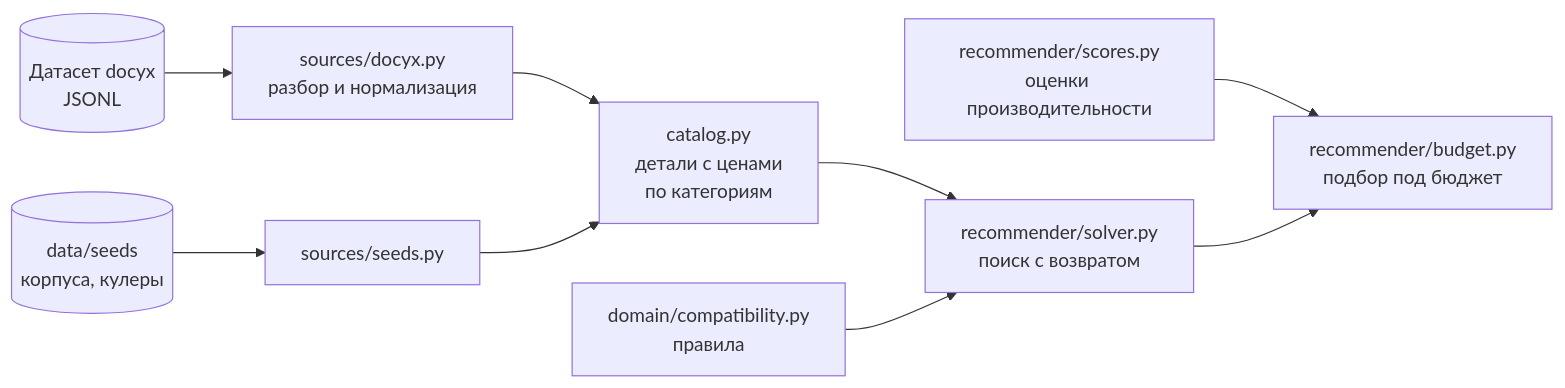
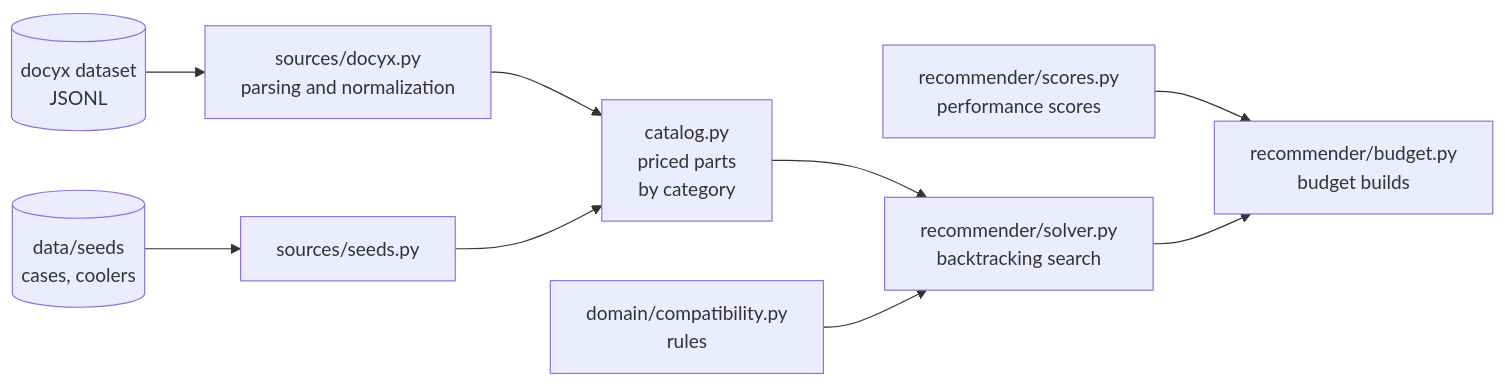
Before and after one commit to kchaumeow/pc-builder: the diagram in README.md, drawn with Mermaid. The commit also changed other lines of this file and 21 other files, not shown here.

````diff
--- a/README.md
+++ b/README.md
@@ -31,11 +31,11 @@
 ```mermaid
 flowchart LR
-    D[(Датасет docyx<br/>JSONL)] --> L[sources/docyx.py<br/>разбор и нормализация]
-    S[(data/seeds<br/>корпуса, кулеры)] --> SL[sources/seeds.py]
-    L --> C[catalog.py<br/>детали с ценами<br/>по категориям]
+    D[(docyx dataset<br/>JSONL)] --> L[sources/docyx.py<br/>parsing and normalization]
+    S[(data/seeds<br/>cases, coolers)] --> SL[sources/seeds.py]
+    L --> C[catalog.py<br/>priced parts<br/>by category]
     SL --> C
-    C --> SV[recommender/solver.py<br/>поиск с возвратом]
-    R[domain/compatibility.py<br/>правила] --> SV
-    SC[recommender/scores.py<br/>оценки производительности] --> B[recommender/budget.py<br/>подбор под бюджет]
+    C --> SV[recommender/solver.py<br/>backtracking search]
+    R[domain/compatibility.py<br/>rules] --> SV
+    SC[recommender/scores.py<br/>performance scores] --> B[recommender/budget.py<br/>budget builds]
     SV --> B
 ```
````
